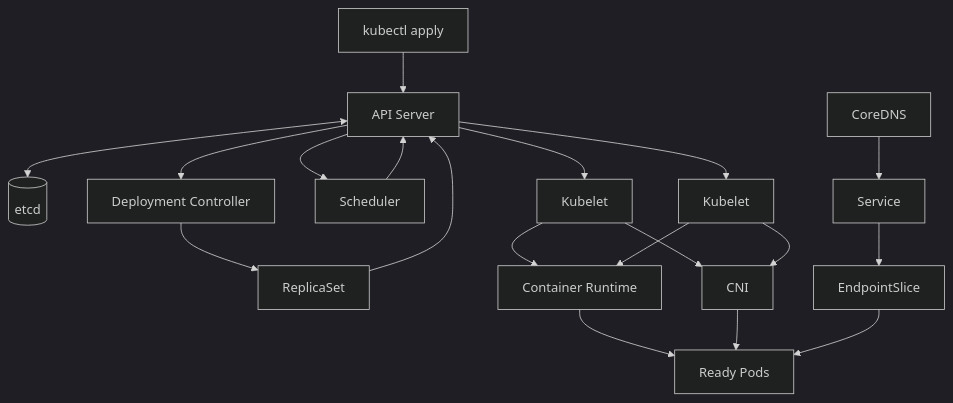
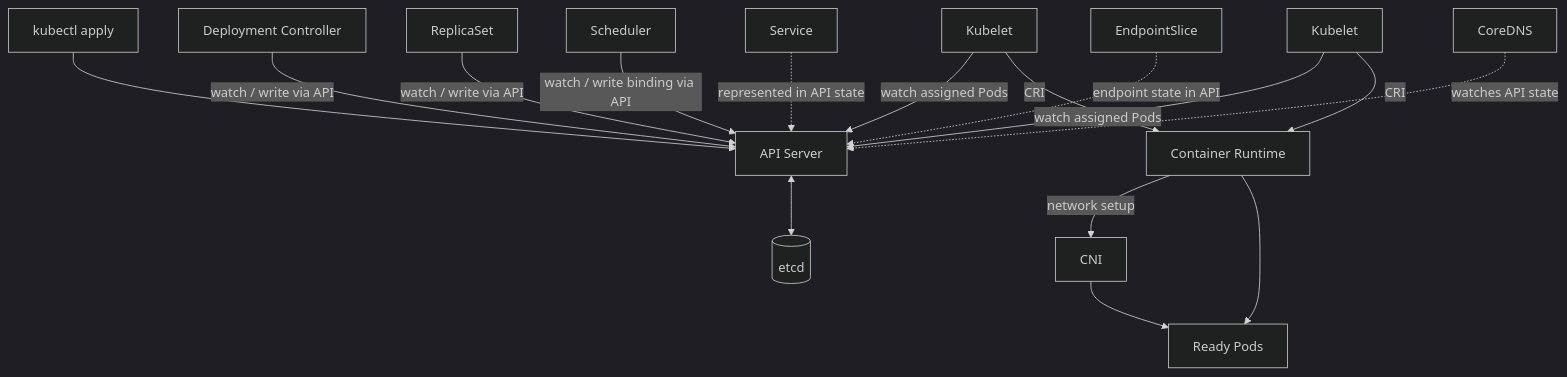
One commit to karthikreddy432/CKAD changed diagram 20 of 22 in kubernetes-architecture-and-communication-flow.md. Above: the diagram before and after it, drawn with Mermaid (dark theme). The commit also changed other lines of this file and 13 other files, not shown here.

````diff
--- a/kubernetes-architecture-and-communication-flow.md
+++ b/kubernetes-architecture-and-communication-flow.md
@@ -903,46 +951,42 @@
 ```mermaid
 flowchart TB
     User["kubectl apply"]
 
     API["API Server"]
     ETCD[("etcd")]
 
     DC["Deployment Controller"]
     RS["ReplicaSet"]
     SCHED["Scheduler"]
 
     K1["Kubelet"]
     K2["Kubelet"]
     Runtime["Container Runtime"]
     CNI["CNI"]
 
     Service["Service"]
     EPS["EndpointSlice"]
     DNS["CoreDNS"]
     Pods["Ready Pods"]
 
     User --> API
     API <--> ETCD
 
-    API --> DC
-    DC --> RS
-    RS --> API
+    DC -->|"watch / write via API"| API
+    RS -->|"watch / write via API"| API
+    SCHED -->|"watch / write binding via API"| API
 
-    API --> SCHED
-    SCHED --> API
+    K1 -->|"watch assigned Pods"| API
+    K2 -->|"watch assigned Pods"| API
 
-    API --> K1
-    API --> K2
-
-    K1 --> Runtime
-    K1 --> CNI
-    K2 --> Runtime
-    K2 --> CNI
+    K1 -->|"CRI"| Runtime
+    K2 -->|"CRI"| Runtime
+    Runtime -->|"network setup"| CNI
 
     Runtime --> Pods
     CNI --> Pods
 
-    Service --> EPS
-    EPS --> Pods
-    DNS --> Service
+    Service -.->|"represented in API state"| API
+    EPS -.->|"endpoint state in API"| API
+    DNS -.->|"watches API state"| API
 ```
````
